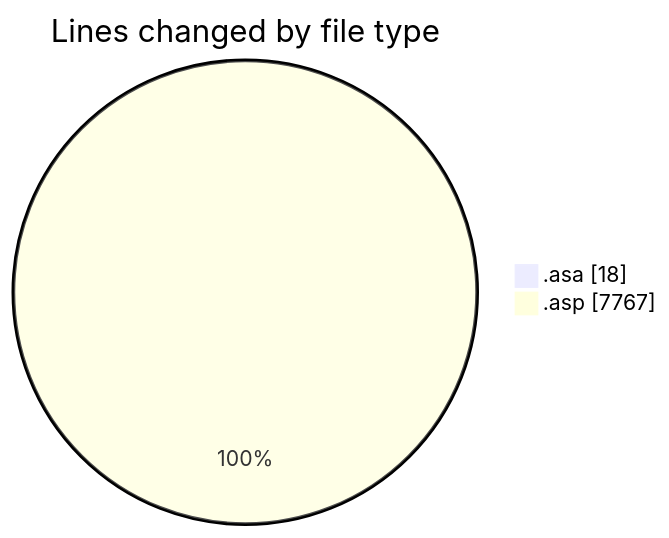
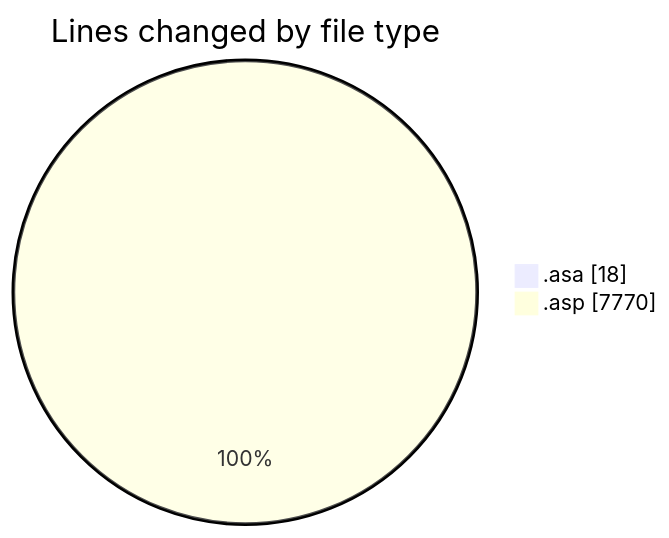
Before and after one commit to julien-gomy/code-tracking: the first of 2 diagrams in 2025-11-06/usr_aleoudev_fr__workspace_/README.md, drawn with Mermaid. The commit also changed other lines of this file and 1 other file, not shown here.

````diff
--- a/2025-11-06/usr_aleoudev_fr__workspace_/README.md
+++ b/2025-11-06/usr_aleoudev_fr__workspace_/README.md
@@ -24,6 +24,6 @@
 ```mermaid
 pie showData
 title Lines changed by file type
 ".asa" : 18
-".asp" : 7767
+".asp" : 7770
 ```
````
